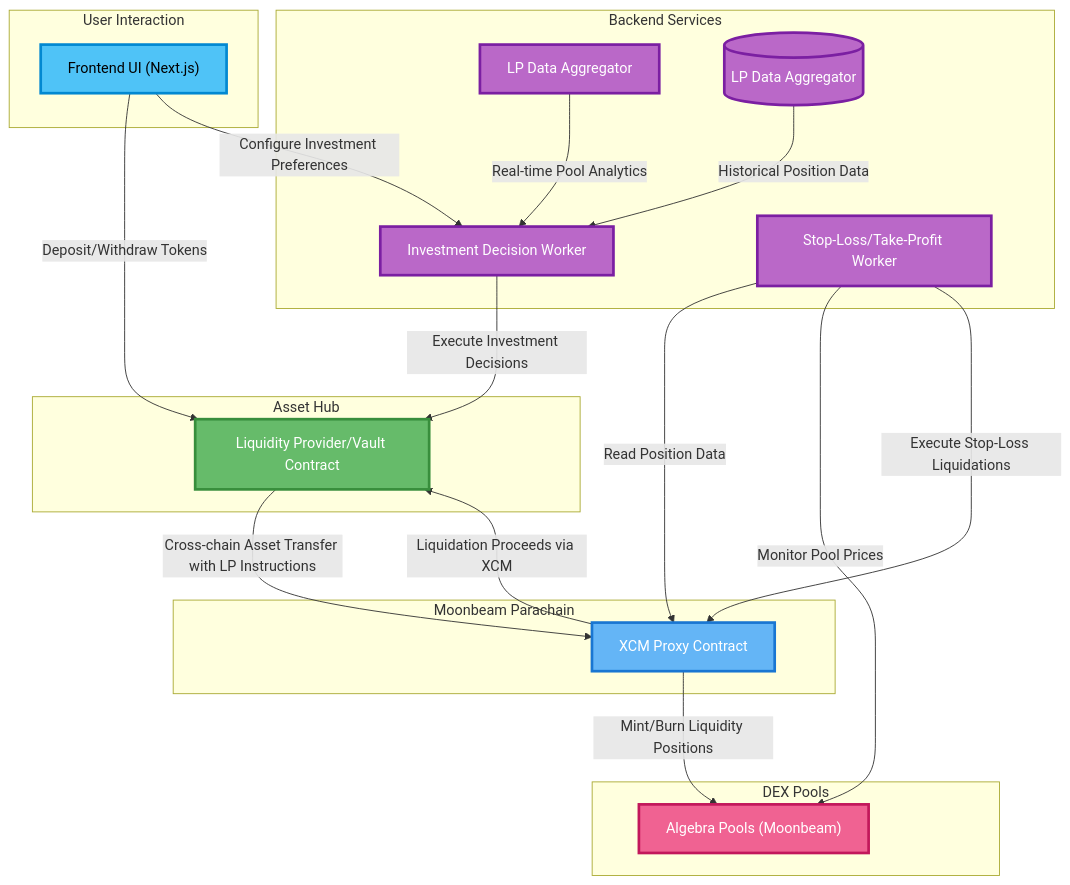
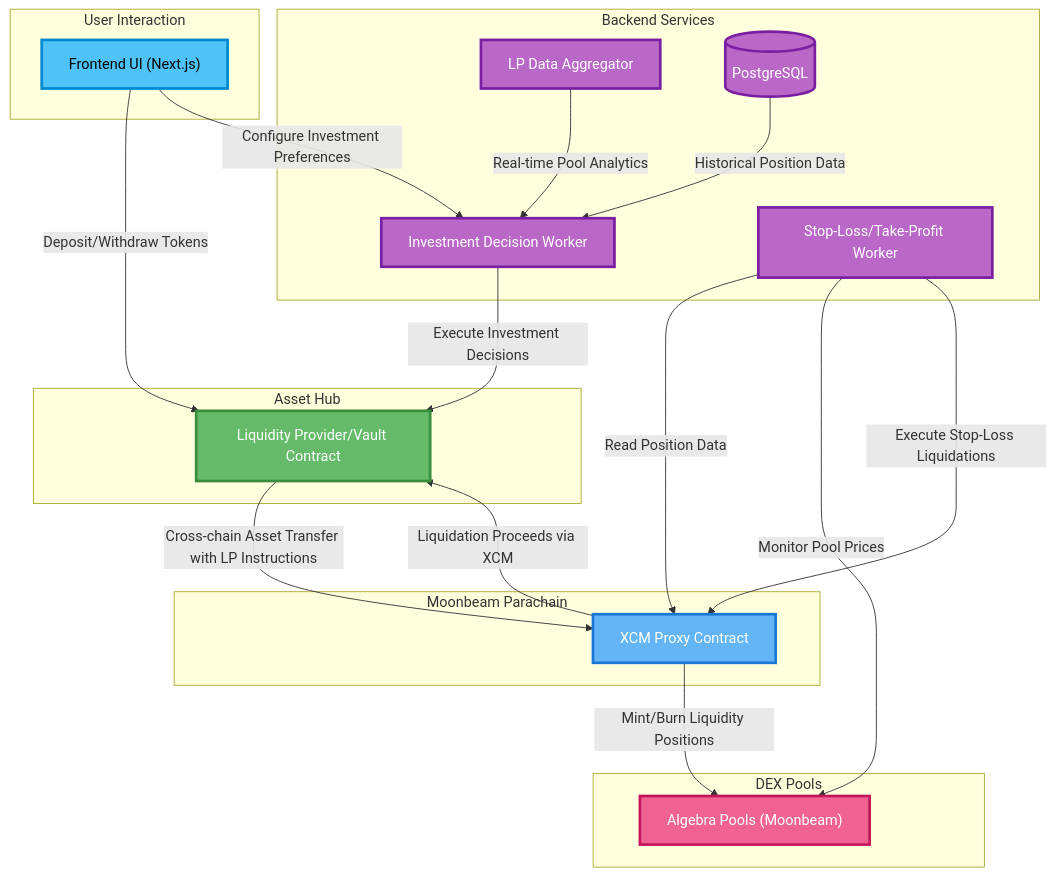
One commit to w3f/Grants-Program changed the diagram in applications/LiquiDot.md. Above: the diagram before and after it, drawn with Mermaid. The commit also changed other lines of this file, not shown here.

Commit message:
refactor

````diff
--- a/applications/LiquiDot.md
+++ b/applications/LiquiDot.md
@@ -29,52 +29,52 @@
 ```mermaid
 graph TB
     subgraph User["User Interaction"]
         Frontend["Frontend UI (Next.js)"]
     end
 
     subgraph Backend["Backend Services"]
         PoolAnalytics["LP Data Aggregator"]
         IDWorker["Investment Decision Worker"]
         StopLossWorker["Stop-Loss/Take-Profit Worker"]
-        PostgreSQL[(LP Data Aggregator)]
+        PostgreSQL[(PostgreSQL)]
     end
 
     subgraph AssetHub["Asset Hub"]
         AssetsPallet["Liquidity Provider/Vault Contract"]
     end
 
     subgraph Moonbeam["Moonbeam Parachain"]
         XCMProxy["XCM Proxy Contract"]
     end
 
     subgraph DEXes["DEX Pools"]
         AlgebraPools["Algebra Pools (Moonbeam)"]
     end
 
     Frontend -->|Deposit/Withdraw Tokens| AssetsPallet
     Frontend -->|Configure Investment Preferences| IDWorker
 
     PostgreSQL -->|Historical Position Data| IDWorker
     PoolAnalytics -->|Real-time Pool Analytics| IDWorker
     IDWorker -->|Execute Investment Decisions| AssetsPallet
 
     AssetsPallet -->|Cross-chain Asset Transfer with LP Instructions| XCMProxy
     XCMProxy -->|Mint/Burn Liquidity Positions| AlgebraPools
     XCMProxy -->|Liquidation Proceeds via XCM| AssetsPallet
 
     StopLossWorker -->|Read Position Data| XCMProxy
     StopLossWorker -->|Monitor Pool Prices| AlgebraPools
     StopLossWorker -->|Execute Stop-Loss Liquidations| XCMProxy
 
     classDef userLayer fill:#4fc3f7,stroke:#0288d1,stroke-width:3px,color:#000
     classDef backendLayer fill:#ba68c8,stroke:#7b1fa2,stroke-width:3px,color:#fff
     classDef assetHubLayer fill:#66bb6a,stroke:#388e3c,stroke-width:3px,color:#fff
     classDef moonbeamLayer fill:#64b5f6,stroke:#1976d2,stroke-width:3px,color:#fff
     classDef dexLayer fill:#f06292,stroke:#c2185b,stroke-width:3px,color:#fff
 
     class Frontend userLayer
     class PoolAnalytics,IDWorker,StopLossWorker,PostgreSQL backendLayer
     class AssetsPallet assetHubLayer
     class XCMProxy moonbeamLayer
     class AlgebraPools dexLayer
 ```
````
